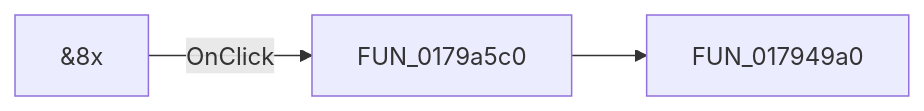
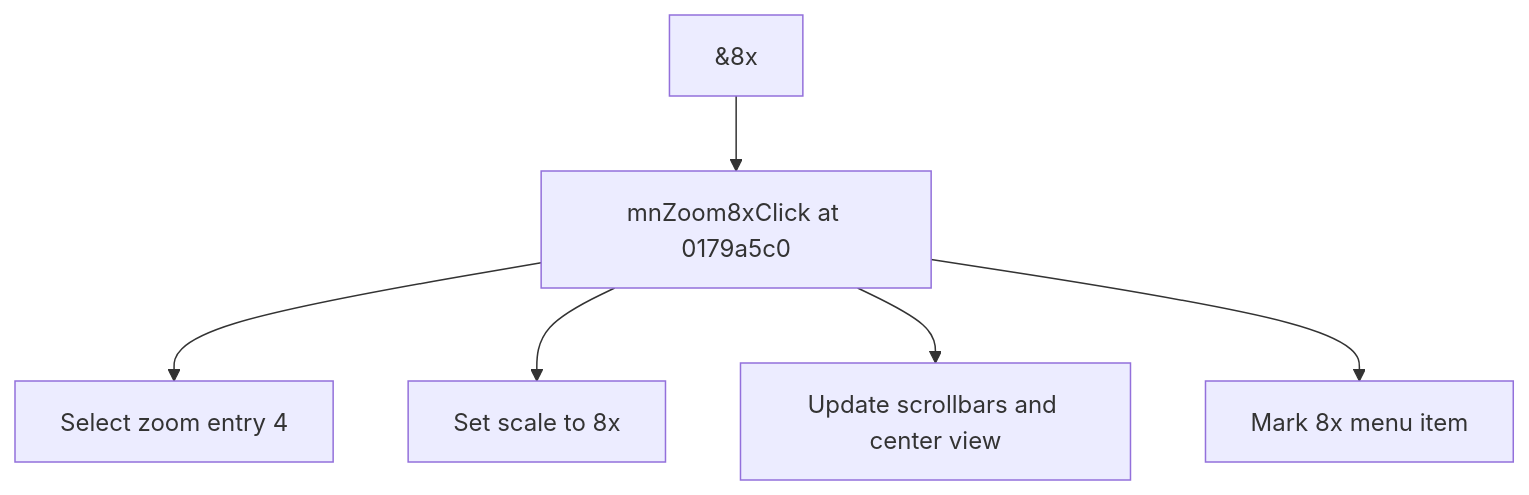
The diagram in docs/ui-controls/shapeedit/mnzoom8x-372b462596.md (MovGP0/TIARA), drawn with Mermaid before and after one commit. The commit also changed other lines of this file and 1062 other files, not shown here.

````diff
--- a/docs/ui-controls/shapeedit/mnzoom8x-372b462596.md
+++ b/docs/ui-controls/shapeedit/mnzoom8x-372b462596.md
@@ -27,5 +25,8 @@
 ```mermaid
-flowchart LR
-    control["&8x"] -->|OnClick| handler["FUN_0179a5c0"]
-    handler --> call1["FUN_017949a0"]
+flowchart TD
+    control["&8x"] --> handler["mnZoom8xClick at 0179a5c0"]
+    handler --> step1["Select zoom entry 4"]
+    handler --> step2["Set scale to 8x"]
+    handler --> step3["Update scrollbars and center view"]
+    handler --> step4["Mark 8x menu item"]
 ```
````
